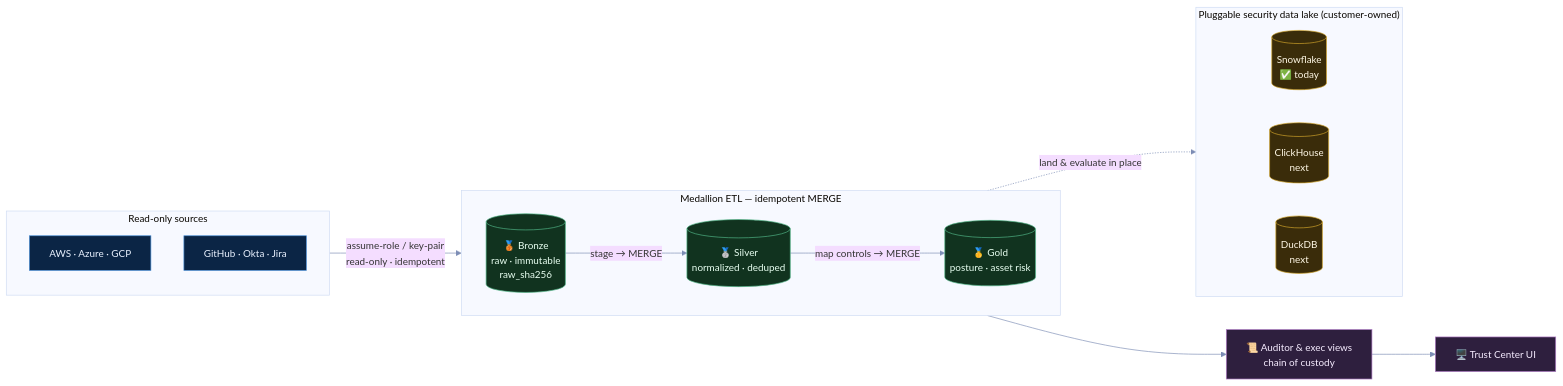
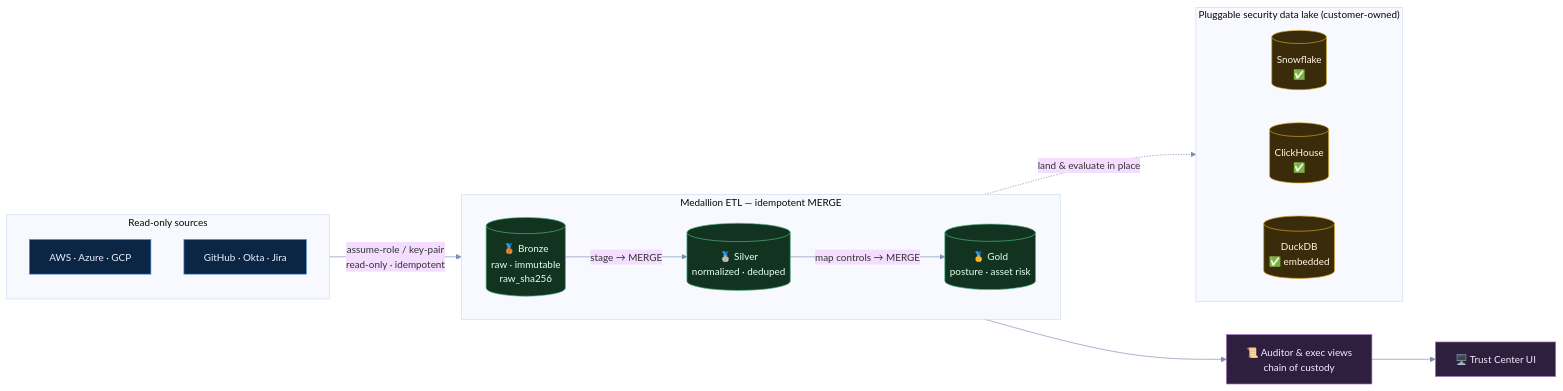
Before and after one commit to msaad00/trustops-security-data-lake: the third of 3 diagrams in README.md, drawn with Mermaid. The commit also changed other lines of this file and 3 other files, not shown here.

First line of the commit message:
feat(sinks): add an embedded DuckDB evidence-lake sink

````diff
--- a/README.md
+++ b/README.md
@@ -169,38 +169,38 @@
 ```mermaid
 %%{init: {'theme':'base','themeVariables':{'fontSize':'15px','lineColor':'#7c8db5'}}}%%
 flowchart LR
   subgraph SRC["Read-only sources"]
     direction TB
     C1["AWS · Azure · GCP"]
     C2["GitHub · Okta · Jira"]
   end
 
   subgraph MED["Medallion ETL — idempotent MERGE"]
     direction LR
     RAW[("🥉 Bronze<br/>raw · immutable<br/>raw_sha256")]
     SIL[("🥈 Silver<br/>normalized · deduped")]
     GOLD[("🥇 Gold<br/>posture · asset risk")]
     RAW -->|"stage → MERGE"| SIL -->|"map controls → MERGE"| GOLD
   end
 
   GOLD --> VIEW["📜 Auditor & exec views<br/>chain of custody"] --> UI["🖥️ Trust Center UI"]
 
   subgraph LAKE["Pluggable security data lake (customer-owned)"]
     direction LR
-    L1[("Snowflake<br/>✅ today")]
-    L2[("ClickHouse<br/>next")]
-    L3[("DuckDB<br/>next")]
+    L1[("Snowflake<br/>✅")]
+    L2[("ClickHouse<br/>✅")]
+    L3[("DuckDB<br/>✅ embedded")]
   end
   MED -. "land & evaluate in place" .-> LAKE
 
   SRC -->|"assume-role / key-pair<br/>read-only · idempotent"| RAW
 
   classDef src fill:#0b2545,stroke:#4a90d9,color:#eaf2ff;
   classDef med fill:#11331f,stroke:#52b788,color:#e8fff1;
   classDef out fill:#2e1f3e,stroke:#b07cc6,color:#f6ecff;
   classDef lake fill:#3a2c0a,stroke:#d4a72c,color:#fff8e6;
   class C1,C2 src;
   class RAW,SIL,GOLD med;
   class VIEW,UI out;
   class L1,L2,L3 lake;
 ```
````
